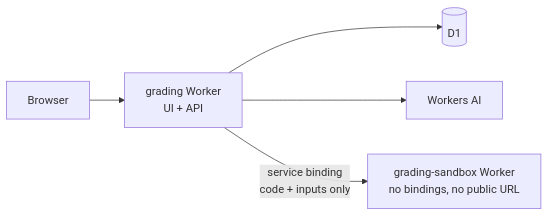
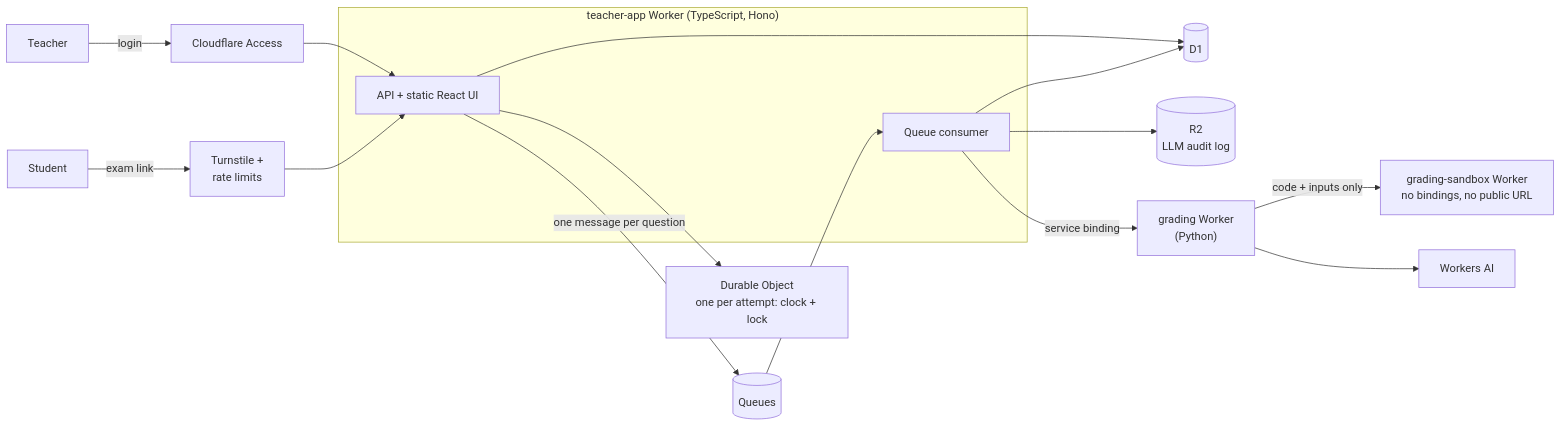
Before and after one commit to FluteInTheRain/AI-Powered-Automated-Grading: the second of 2 diagrams in README.md, drawn with Mermaid. The commit also changed other lines of this file and 1 other file, not shown here.

Commit message:
docs: rebuild the README around the research pipeline and the Cloudflare teacher app

````diff
--- a/README.md
+++ b/README.md
@@ -223,7 +133,20 @@
 ```mermaid
 flowchart LR
-    U[Browser] --> G["grading Worker<br/>UI + API"]
-    G --> D[(D1)]
+    T[Teacher] -->|login| AC[Cloudflare Access]
+    S[Student] -->|exam link| GATE["Turnstile +<br/>rate limits"]
+    AC --> API
+    GATE --> API
+    subgraph APP["teacher-app Worker (TypeScript, Hono)"]
+        API["API + static React UI"]
+        QC[Queue consumer]
+    end
+    API --> D1[(D1)]
+    API --> DO["Durable Object<br/>one per attempt: clock + lock"]
+    API -- "one message per question" --> Q[(Queues)]
+    Q --> QC
+    QC --> D1
+    QC --> R2[("R2<br/>LLM audit log")]
+    QC -- "service binding" --> G["grading Worker<br/>(Python)"]
+    G -- "code + inputs only" --> SB["grading-sandbox Worker<br/>no bindings, no public URL"]
     G --> AI[Workers AI]
-    G -- "service binding<br/>code + inputs only" --> SB["grading-sandbox Worker<br/>no bindings, no public URL"]
 ```
````
